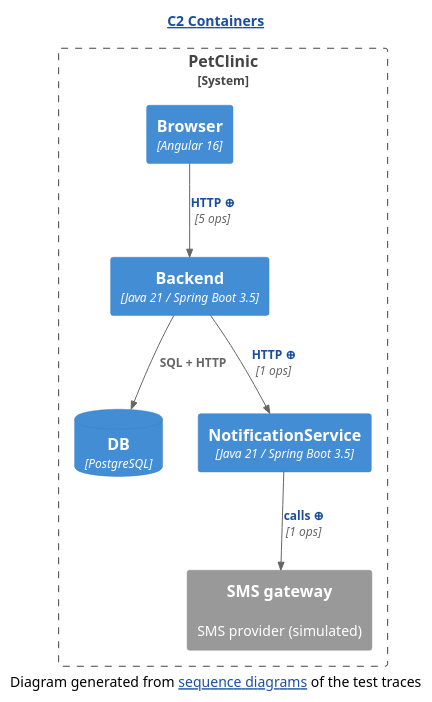
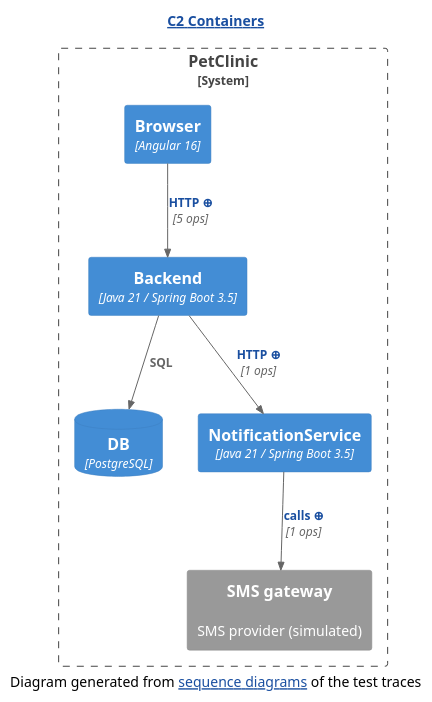
The diagram in demo/demo2/assets/c2/C2-Containers.diff.puml (AgustinOliver98/human-review), drawn with PlantUML before and after one commit. The commit also changed 164 other files, not shown here.

```diff
--- a/demo/demo2/assets/c2/C2-Containers.diff.puml
+++ b/demo/demo2/assets/c2/C2-Containers.diff.puml
@@ -1,20 +1,20 @@
 @startuml
 ' ⚠️  GENERATED — projected from the sequence diagrams by c2-from-sequence.py.
 !include <C4/C4_Container>
 HIDE_STEREOTYPE()
 skinparam hyperlinkUnderline false
 skinparam hyperlinkColor #1A4FA0
 title [[https://c4model.com/diagrams/container{What is a C2 diagram?} C2 Containers]]
 System_Boundary(c2_system, "PetClinic") {
   Container(Backend, "Backend", "Java 21 / Spring Boot 3.5", "")
   Container(Browser, "Browser", "Angular 16", "")
   ContainerDb(DB, "DB", "PostgreSQL", "")
   Container(NotificationService, "NotificationService", "Java 21 / Spring Boot 3.5", "")
   System_Ext(SMS_gateway, "SMS gateway", "SMS provider (simulated)", "")
 }
-Rel(Backend, DB, "SQL + HTTP", "")
+Rel(Backend, DB, "SQL", "")
 Rel(Backend, NotificationService, "[[genseq://c2-279a196c9d{Click for the calls behind this line} HTTP ⊕]]", "1 ops")
 Rel(Browser, Backend, "[[genseq://c2-e078f953b5{Click for the calls behind this line} HTTP ⊕]]", "5 ops")
 Rel(NotificationService, SMS_gateway, "[[genseq://c2-cb01a30b7a{Click for the calls behind this line} calls ⊕]]", "1 ops")
 caption Diagram generated from [[#sequence{Open the Sequence tab} sequence diagrams]] of the test traces
 @enduml
```
